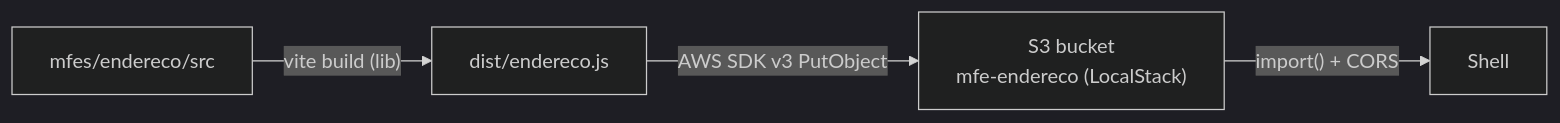
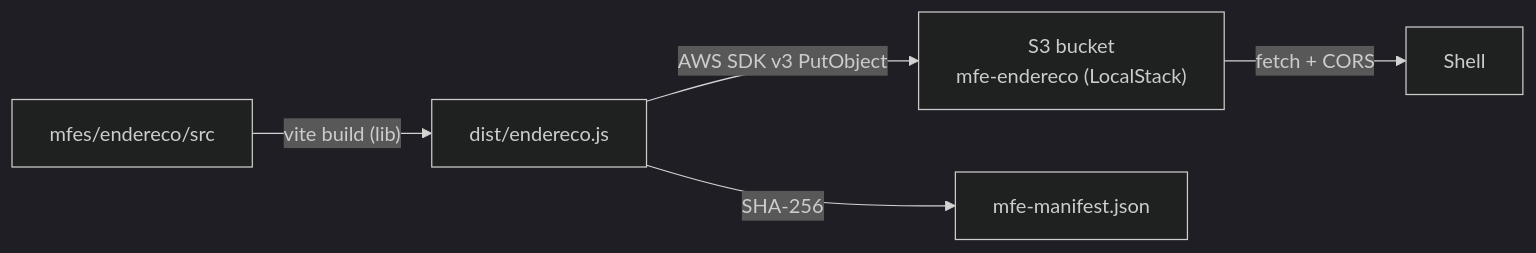
Before and after one commit to arkhibr/frontend-react: the diagram in docs/architecture/adrs/ADR-011-deploy-s3-localstack.md, drawn with Mermaid. The commit also changed other lines of this file and 84 other files, not shown here.

````diff
--- a/docs/architecture/adrs/ADR-011-deploy-s3-localstack.md
+++ b/docs/architecture/adrs/ADR-011-deploy-s3-localstack.md
@@ -83,7 +92,8 @@
 ```mermaid
 %%{init: {'theme': 'dark'}}%%
 graph LR
     src["mfes/endereco/src"] -->|"vite build (lib)"| dist["dist/endereco.js"]
     dist -->|"AWS SDK v3 PutObject"| bucket["S3 bucket\nmfe-endereco (LocalStack)"]
-    bucket -->|"import() + CORS"| shell["Shell"]
+    bucket -->|"fetch + CORS"| shell["Shell"]
+    dist -->|"SHA-256"| manifest["mfe-manifest.json"]
 ```
````
